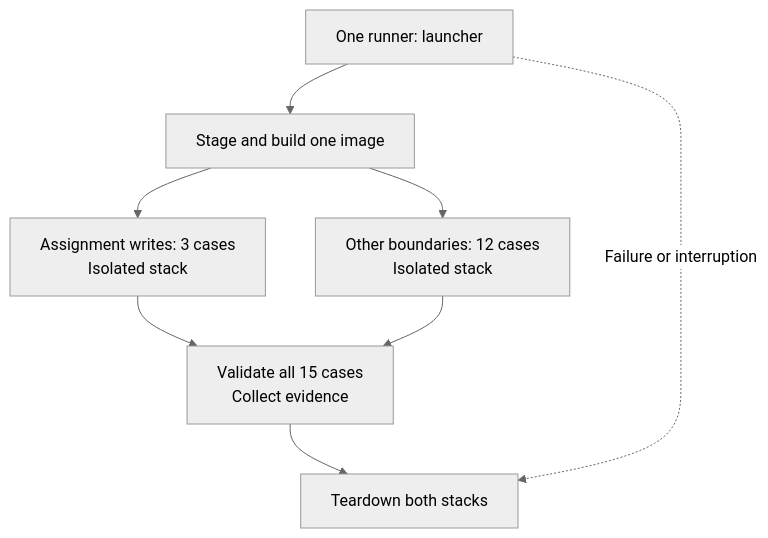
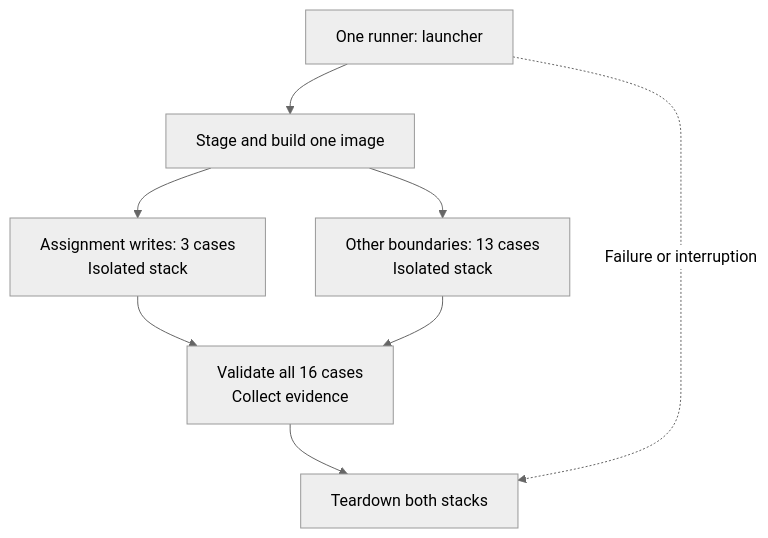
One commit to WillHirsch/yizkr changed the diagram in docs/TESTING.md. Above: the diagram before and after it, drawn with Mermaid (neutral theme). The commit also changed other lines of this file and 21 other files, not shown here.

````diff
--- a/docs/TESTING.md
+++ b/docs/TESTING.md
@@ -198,10 +198,10 @@
 ```mermaid
 flowchart TD
     A["One runner: launcher"] --> B["Stage and build one image"]
     B --> C["Assignment writes: 3 cases<br/>Isolated stack"]
-    B --> D["Other boundaries: 12 cases<br/>Isolated stack"]
-    C --> E["Validate all 15 cases<br/>Collect evidence"]
+    B --> D["Other boundaries: 13 cases<br/>Isolated stack"]
+    C --> E["Validate all 16 cases<br/>Collect evidence"]
     D --> E
     E --> F["Teardown both stacks"]
     A -. "Failure or interruption" .-> F
 ```
````
